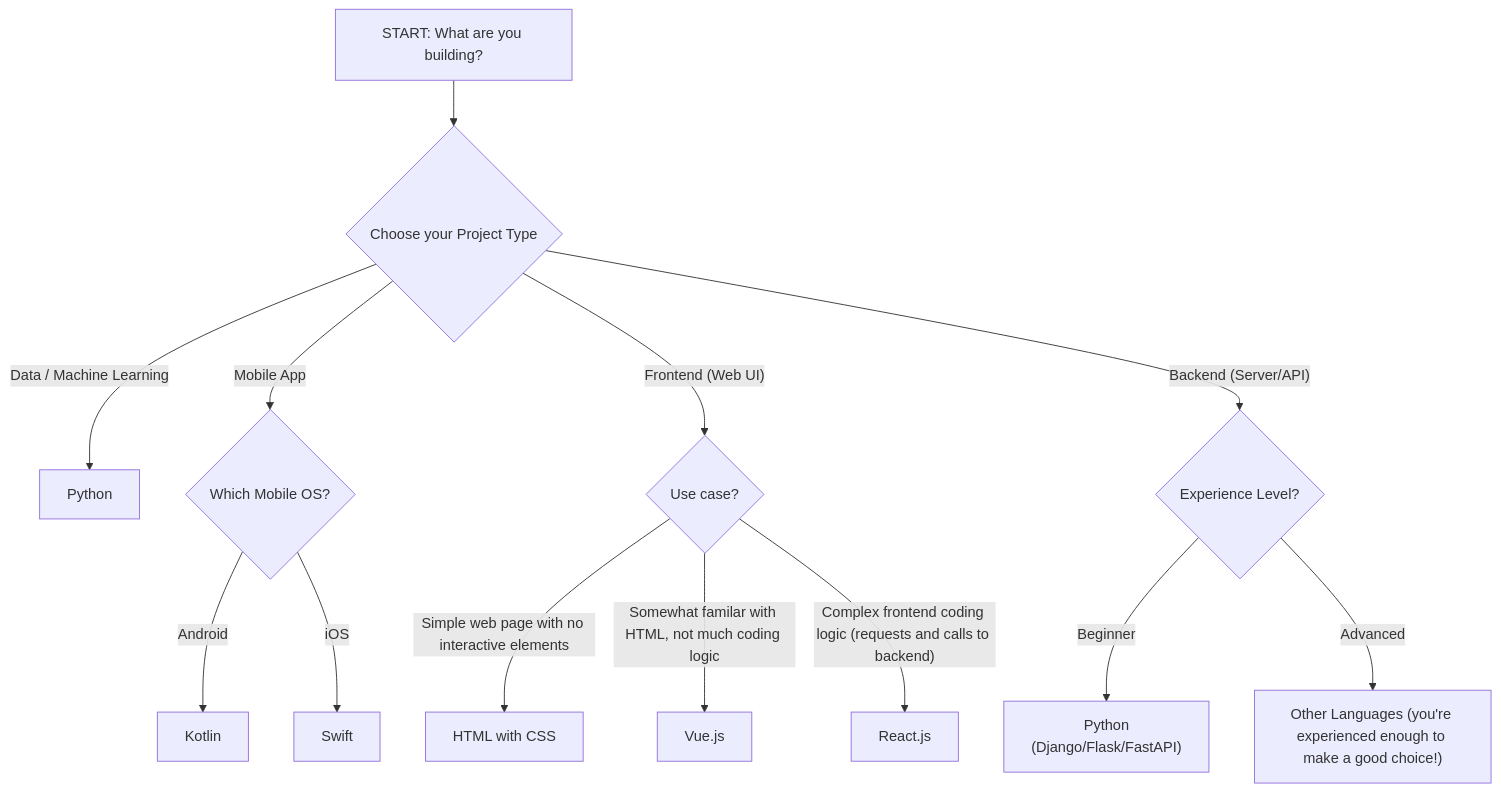
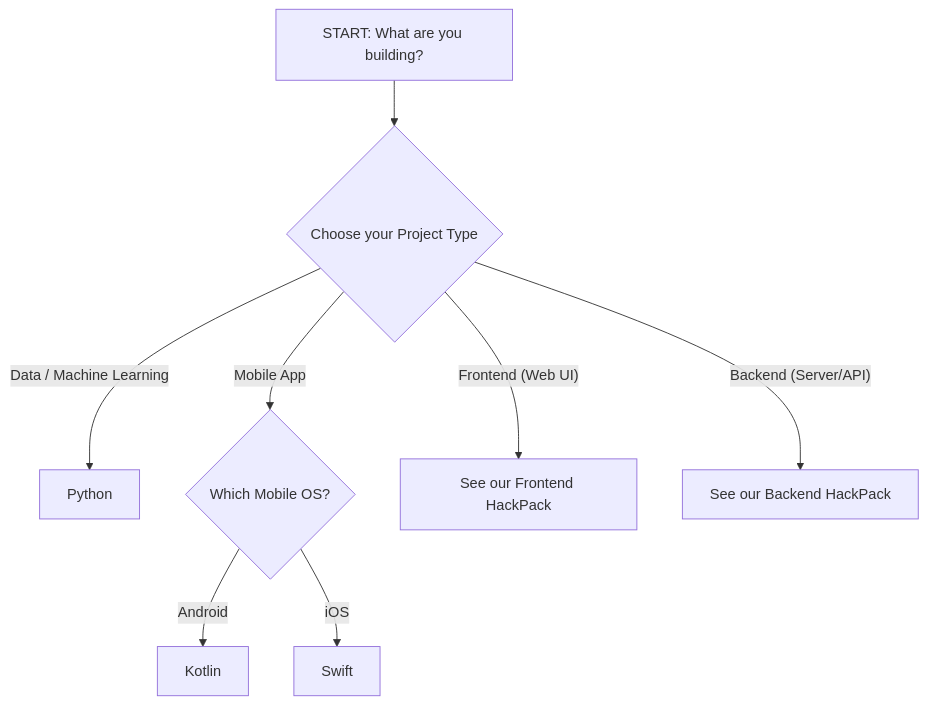
Before and after one commit to icdocsoc/ichack-hackpacks: the diagram in getting-started/README.md, drawn with Mermaid.

Commit message:
fix: delegated frontend/backend framework choice to base hackpacks

````diff
--- a/getting-started/README.md
+++ b/getting-started/README.md
@@ -49,23 +49,21 @@
 ```mermaid
 graph TD
     Start["START: What are you building?"] --> Decision{"Choose your Project Type"}
 
     %% Branch 1: Data/ML
     Decision -- "Data / Machine Learning" --> DataEnd["Python"]
 
     %% Branch 2: Mobile
     Decision -- "Mobile App" --> MobileOS{"Which Mobile OS?"}
     MobileOS -- Android --> KotlinEnd["Kotlin"]
     MobileOS -- iOS --> SwiftEnd["Swift"]
 
     %% Branch 3: Frontend
-    Decision -- "Frontend (Web UI)" --> FeUse{"Use case?"}
-    FeUse -- "Simple web page with no interactive elements" --> FeSimpleEnd["HTML with CSS"]
-    FeUse -- "Somewhat familar with HTML, not much coding logic" --> FeVueEnd["Vue.js"]
-    FeUse -- "Complex frontend coding logic (requests and calls to backend)" --> FeReactEnd["React.js"]
+    Decision -- "Frontend (Web UI)" --> Fe["See our Frontend HackPack"]
 
     %% Branch 4: Backend
-    Decision -- "Backend (Server/API)" --> BeExp{"Experience Level?"}
-    BeExp -- "Beginner" --> BePyEnd["Python<br/>(Django/Flask/FastAPI)"]
-    BeExp -- "Advanced" --> BeOtherEnd["Other Languages (you're experienced enough to make a good choice!)"]
+    Decision -- "Backend (Server/API)" --> Be["See our Backend HackPack"]
+
+    click Fe "../frontend-development/README.md"
+    click Be "../backend-development/README.md"
 ```
````
